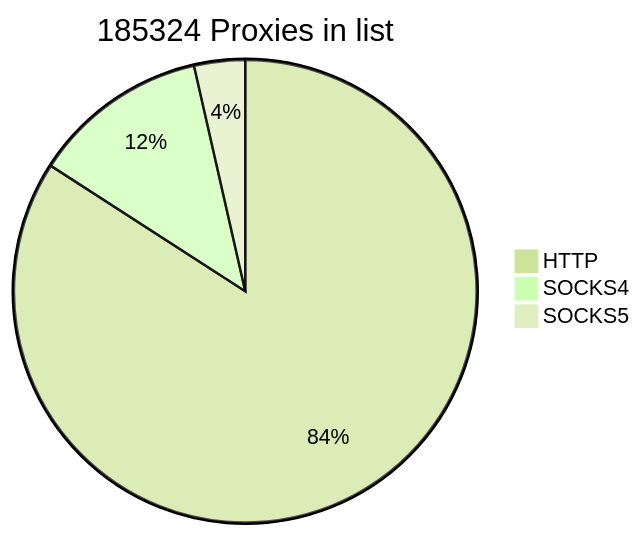
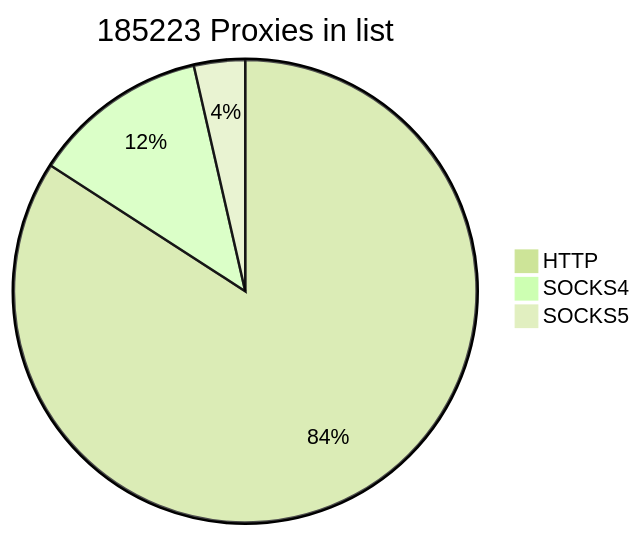
Before and after one commit to cutipu/proxylist: the first of 2 diagrams in README.md, drawn with Mermaid (forest theme). The commit also changed other lines of this file, not shown here.

````diff
--- a/README.md
+++ b/README.md
@@ -2,7 +2,7 @@
 ```mermaid
-pie title 185324 Proxies in list
-    "HTTP" : 155899
-    "SOCKS4" : 22832
-    "SOCKS5" : 6593
+pie title 185223 Proxies in list
+    "HTTP" : 155837
+    "SOCKS4" : 22772
+    "SOCKS5" : 6614
             
 ```
````
